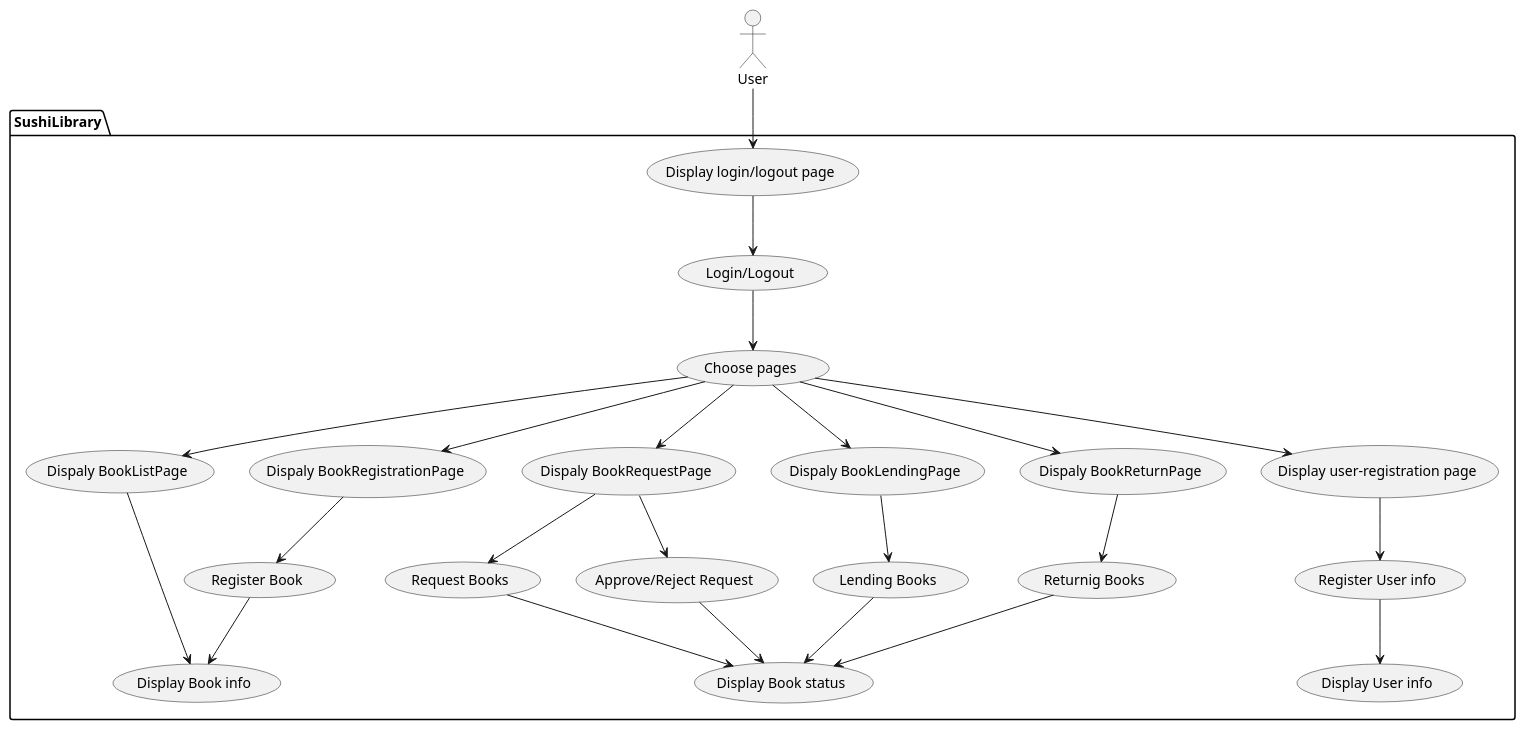
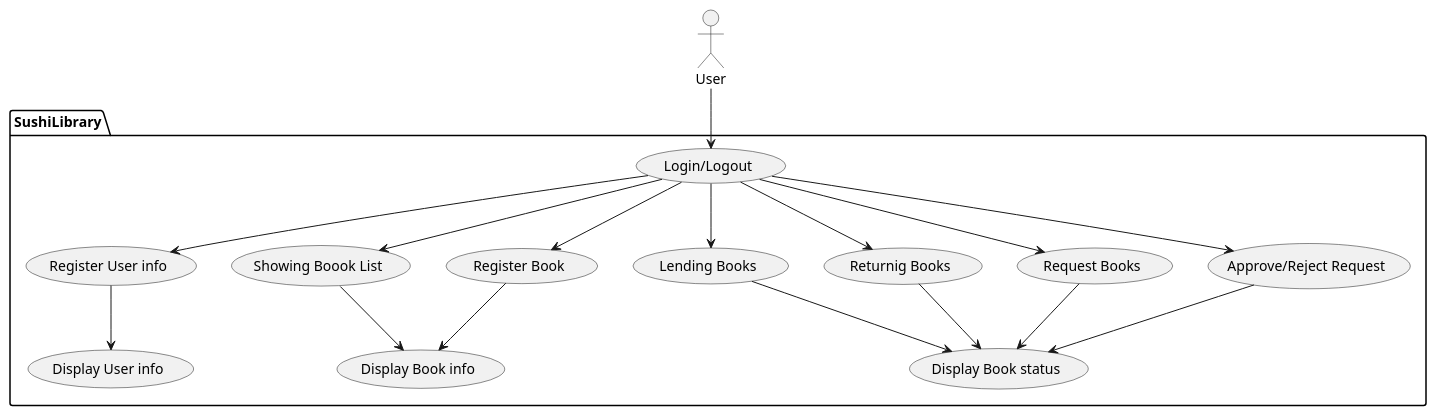
One commit to naist-sushi/sushi-library changed the diagram in docs/design/use-case.pu. Above: the diagram before and after it, drawn with PlantUML. The commit also changed 1 other file, not shown here.

```diff
--- a/docs/design/use-case.pu
+++ b/docs/design/use-case.pu
@@ -1,71 +1,56 @@
 @startuml
 
 actor User
 
 
 package SushiLibrary{
-    "Choose pages" as (choose)
-
-    "Dispaly BookListPage" as (DispBListP)
-    "Dispaly BookRegistrationPage" as (DispBRegP)
-    "Dispaly BookRequestPage" as (DispBReqP)
-    "Dispaly BookLendingPage" as (DispBLendP)
-    "Dispaly BookReturnPage" as (DispBRetP)
-    "Display user-registration page" as (DispUserRegP)
-    "Display login/logout page" as (DispLoginoutP)
-
+    
+    "Showing Boook List" as (ShowBook)
     "Register User info" as (RegUser)
 
     "Register Book" as (RegB)
     "Lending Books" as (LendB)
     "Returnig Books" as (RetB)
     "Request Books" as (ReqB) 
     "Approve/Reject Request" as (AprvRejReq)
 
     "Login/Logout" as (Loginout)
     "Display Book info" as (Book)
     "Display User info" as (Userif)
     "Display Book status" as (Books)
 }
 
-User --> DispLoginoutP
-
-Loginout --> choose
-choose --> DispBListP
-choose --> DispBRegP
-choose --> DispBReqP
-choose --> DispBLendP
-choose --> DispBRetP
-choose --> DispUserRegP
 
 
-DispBRegP --> RegB
-DispBLendP --> LendB
-DispBRetP --> RetB
-DispBReqP --> ReqB
-DispBReqP --> AprvRejReq
-DispUserRegP --> RegUser
-DispLoginoutP --> Loginout
+
+Loginout --> ShowBook
+Loginout --> RegB
+Loginout --> LendB
+Loginout --> RetB
+Loginout --> ReqB
+Loginout --> AprvRejReq
+Loginout --> RegUser
+User --> Loginout
 
 RegUser --> Userif
 RegB --> Book
-DispBListP --> Book
+ShowBook --> Book
 
 ReqB --> Books
 AprvRejReq --> Books
 LendB --> Books
 RetB --> Books
 
 
 
 
 
 
 
 
 
 
 
 
 
 @enduml
```
